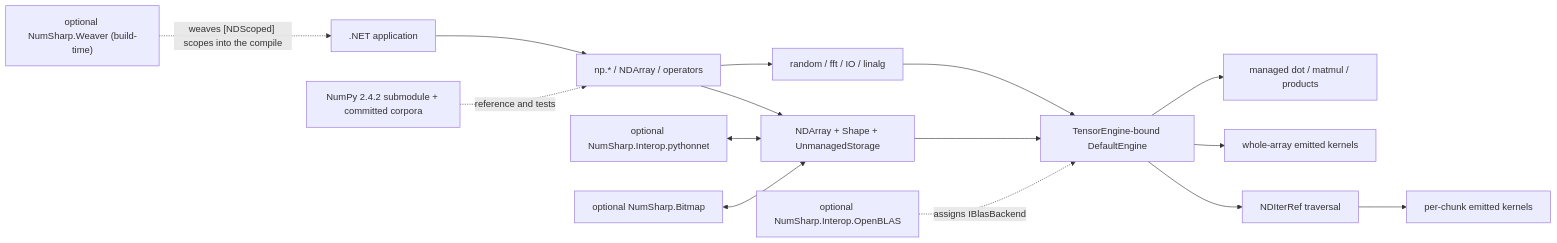
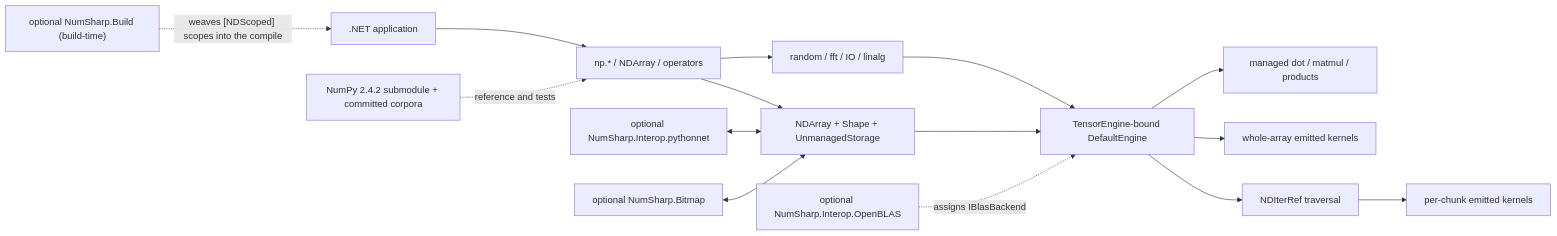
The diagram in ARCHITECTURE.md (SciSharp/NumSharp), drawn with Mermaid before and after one commit. The commit also changed other lines of this file and 88 other files, not shown here.

````diff
--- a/ARCHITECTURE.md
+++ b/ARCHITECTURE.md
@@ -31,17 +31,17 @@
 ```mermaid
 flowchart LR
     App[".NET application"] --> API["np.* / NDArray / operators"]
     API --> Model["NDArray + Shape + UnmanagedStorage"]
     API --> Modules["random / fft / IO / linalg"]
     Model --> Engine["TensorEngine-bound DefaultEngine"]
     Modules --> Engine
     Engine --> Iter["NDIterRef traversal"]
     Engine --> Direct["whole-array emitted kernels"]
     Iter --> Inner["per-chunk emitted kernels"]
     Engine --> ManagedLA["managed dot / matmul / products"]
     OpenBLAS["optional NumSharp.Interop.OpenBLAS"] -. "assigns IBlasBackend" .-> Engine
     Python["optional NumSharp.Interop.pythonnet"] <--> Model
     Bitmap["optional NumSharp.Bitmap"] <--> Model
-    Weaver["optional NumSharp.Weaver (build-time)"] -. "weaves [NDScoped] scopes into the compile" .-> App
+    Weaver["optional NumSharp.Build (build-time)"] -. "weaves [NDScoped] scopes into the compile" .-> App
     Oracle["NumPy 2.4.2 submodule + committed corpora"] -. "reference and tests" .-> API
 ```
````
